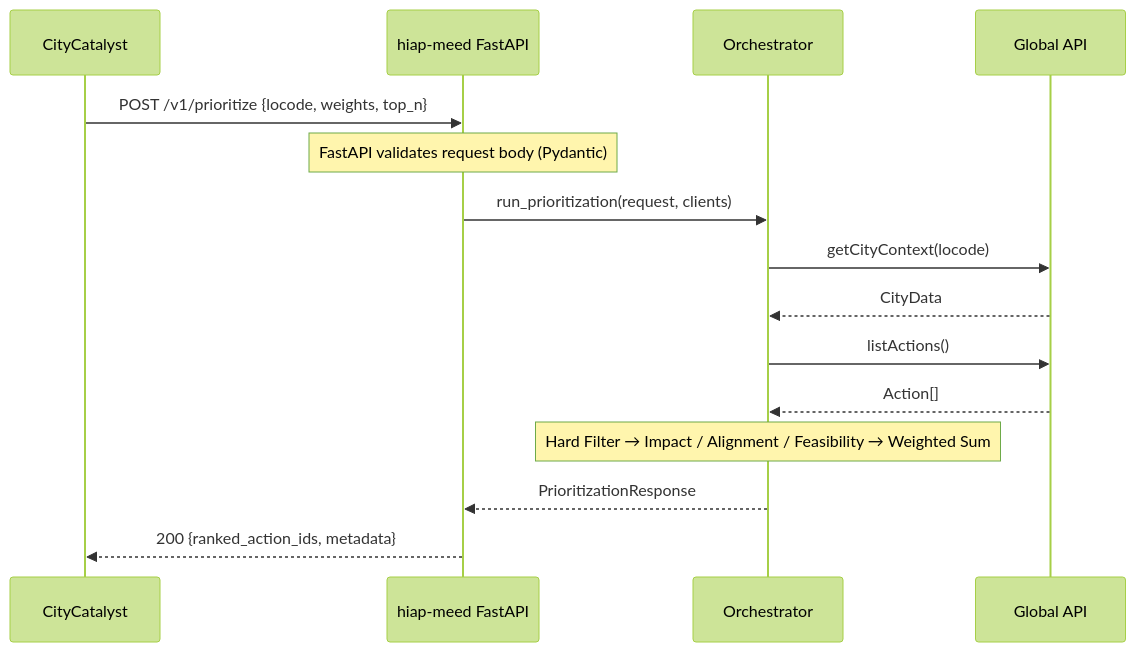
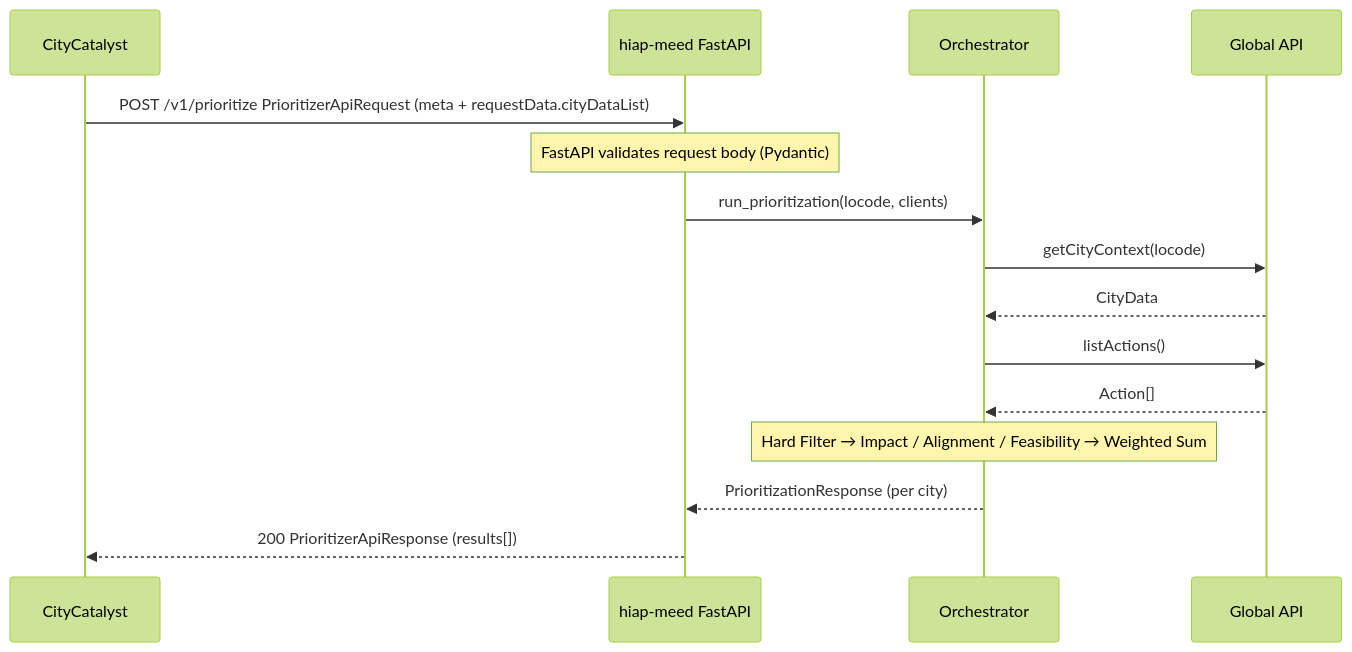
One commit to Open-Earth-Foundation/CityCatalyst changed the second of 2 diagrams in hiap-meed/docs/service-architecture.md. Above: the diagram before and after it, drawn with Mermaid (forest theme). The commit also changed other lines of this file and 10 other files, not shown here.

````diff
--- a/hiap-meed/docs/service-architecture.md
+++ b/hiap-meed/docs/service-architecture.md
@@ -81,18 +81,18 @@
 ```mermaid
 sequenceDiagram
     participant CC as CityCatalyst
     participant API as hiap-meed FastAPI
     participant Orch as Orchestrator
     participant GlobalAPI as Global API
 
-    CC->>API: POST /v1/prioritize {locode, weights, top_n}
+    CC->>API: POST /v1/prioritize PrioritizerApiRequest (meta + requestData.cityDataList)
     Note over API: FastAPI validates request body (Pydantic)
-    API->>Orch: run_prioritization(request, clients)
+    API->>Orch: run_prioritization(locode, clients)
     Orch->>GlobalAPI: getCityContext(locode)
     GlobalAPI-->>Orch: CityData
     Orch->>GlobalAPI: listActions()
     GlobalAPI-->>Orch: Action[]
     Note over Orch: Hard Filter → Impact / Alignment / Feasibility → Weighted Sum
-    Orch-->>API: PrioritizationResponse
-    API-->>CC: 200 {ranked_action_ids, metadata}
+    Orch-->>API: PrioritizationResponse (per city)
+    API-->>CC: 200 PrioritizerApiResponse (results[])
 ```
````
